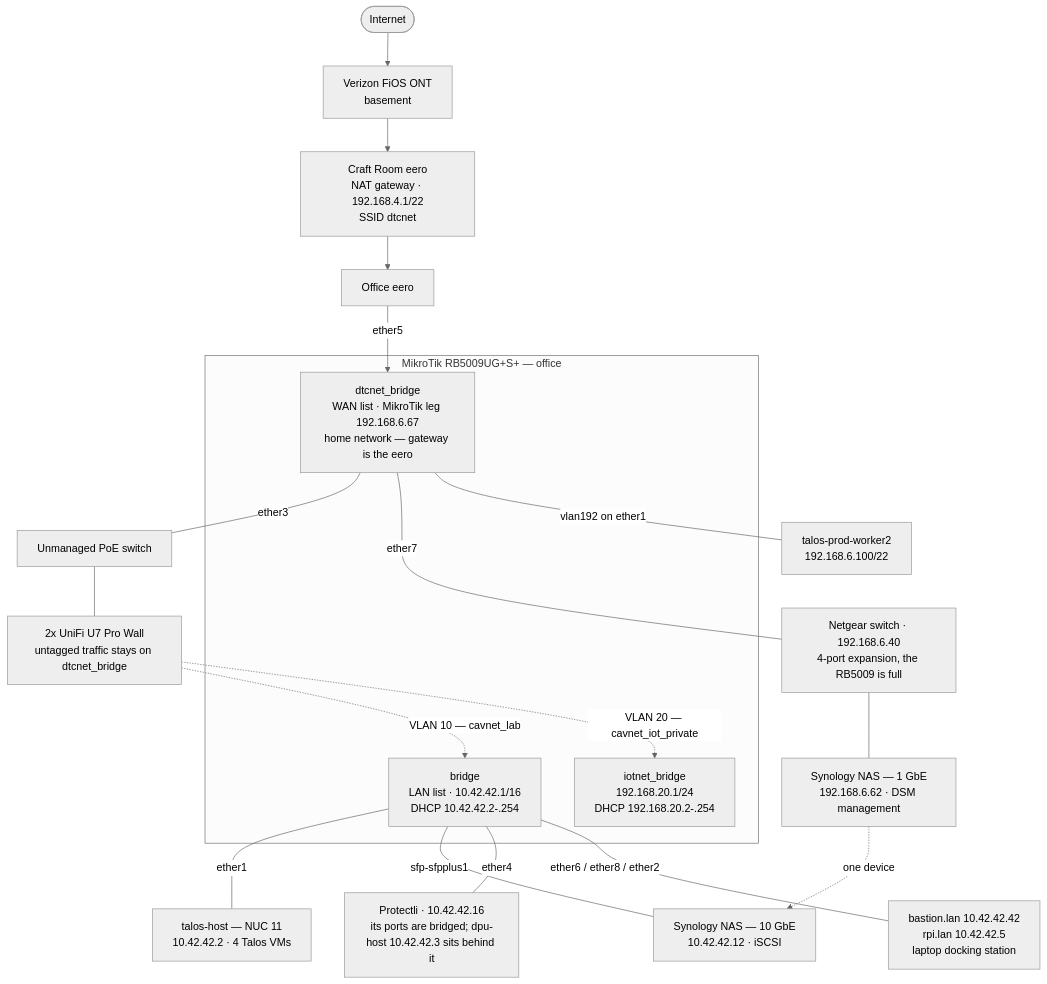
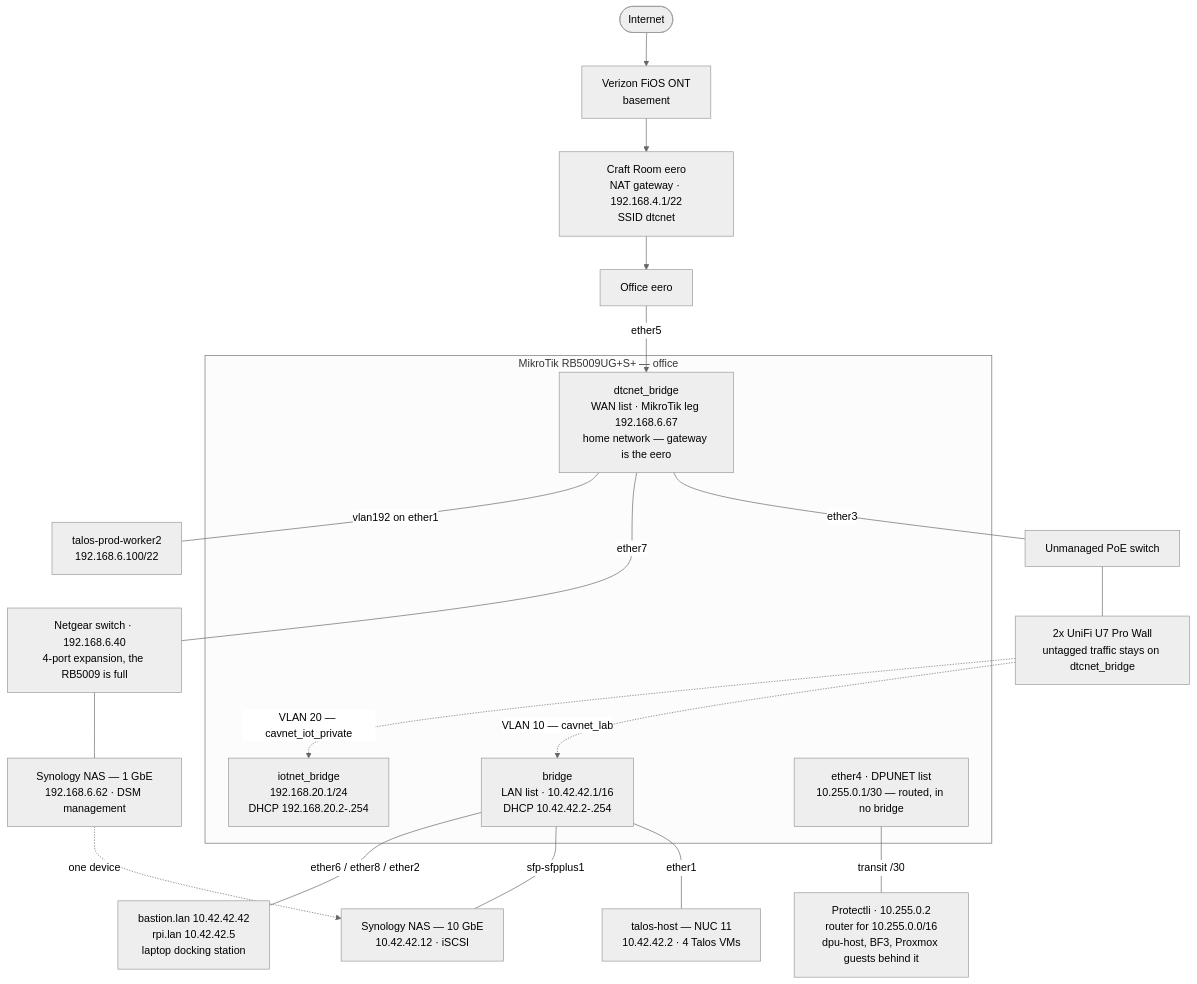
One commit to dancavallaro/homelab changed the first of 6 diagrams in docs/network.md. Above: the diagram before and after it, drawn with Mermaid (neutral theme). The commit also changed other lines of this file and 18 other files, not shown here.

First line of the commit message:
Route the Protectli's ports instead of bridging them

````diff
--- a/docs/network.md
+++ b/docs/network.md
@@ -33,29 +41,30 @@
 ```mermaid
 flowchart TD
     inet([Internet]) --> ont["Verizon FiOS ONT<br>basement"]
     ont --> eero1["Craft Room eero<br>NAT gateway · 192.168.4.1/22<br>SSID dtcnet"]
     eero1 --> eero2["Office eero"]
     eero2 -->|ether5| home
 
     subgraph mt["MikroTik RB5009UG+S+ — office"]
         home["dtcnet_bridge<br>WAN list · MikroTik leg 192.168.6.67<br>home network — gateway is the eero"]
         lab["bridge<br>LAN list · 10.42.42.1/16<br>DHCP 10.42.42.2-.254"]
         iot["iotnet_bridge<br>192.168.20.1/24<br>DHCP 192.168.20.2-.254"]
+        tr["ether4 · DPUNET list<br>10.255.0.1/30 — routed, in no bridge"]
     end
 
     home ---|ether3| poe["Unmanaged PoE switch"]
     poe --- aps["2x UniFi U7 Pro Wall<br>untagged traffic stays on dtcnet_bridge"]
     aps -.->|"VLAN 10 — cavnet_lab"| lab
     aps -.->|"VLAN 20 — cavnet_iot_private"| iot
 
     home ---|ether7| ngear["Netgear switch · 192.168.6.40<br>4-port expansion, the RB5009 is full"]
     ngear --- nas1["Synology NAS — 1 GbE<br>192.168.6.62 · DSM management"]
     home ---|"vlan192 on ether1"| w2h["talos-prod-worker2<br>192.168.6.100/22"]
 
     lab ---|ether1| th["talos-host — NUC 11<br>10.42.42.2 · 4 Talos VMs"]
     lab ---|sfp-sfpplus1| nas10["Synology NAS — 10 GbE<br>10.42.42.12 · iSCSI"]
-    lab ---|ether4| prot["Protectli · 10.42.42.16<br>its ports are bridged; dpu-host 10.42.42.3 sits behind it"]
+    tr ---|"transit /30"| prot["Protectli · 10.255.0.2<br>router for 10.255.0.0/16<br>dpu-host, BF3, Proxmox guests behind it"]
     lab ---|"ether6 / ether8 / ether2"| misc["bastion.lan 10.42.42.42<br>rpi.lan 10.42.42.5<br>laptop docking station"]
 
     nas1 -.->|one device| nas10
 ```
````
